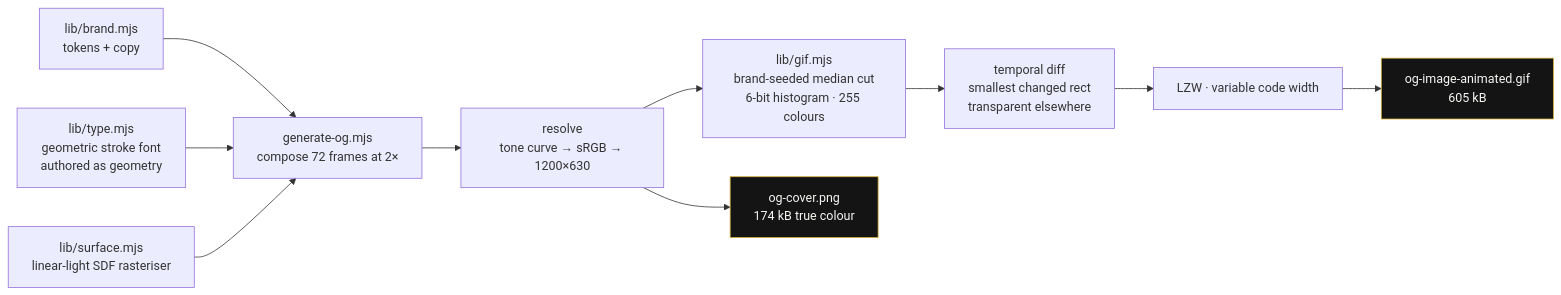
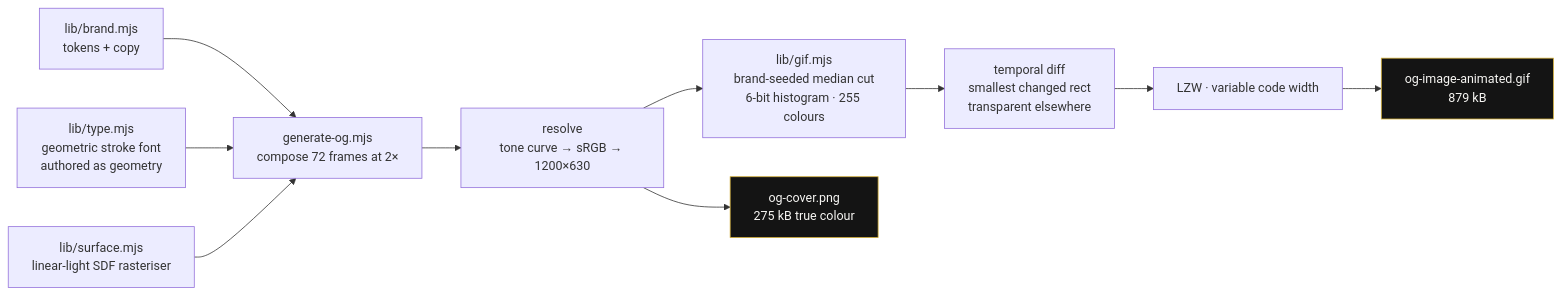
The tenth of 11 diagrams in README.md (YASLOGIST/urlf-up), drawn with Mermaid before and after one commit. The commit also changed other lines of this file and 5 other files, not shown here.

````diff
--- a/README.md
+++ b/README.md
@@ -568,15 +568,15 @@
 ```mermaid
 graph LR
   BRAND["lib/brand.mjs<br/>tokens + copy"] --> SCENE
   TYPE["lib/type.mjs<br/>geometric stroke font<br/>authored as geometry"] --> SCENE
   SURF["lib/surface.mjs<br/>linear-light SDF rasteriser"] --> SCENE
   SCENE["generate-og.mjs<br/>compose 72 frames at 2×"] --> RES["resolve<br/>tone curve → sRGB → 1200×630"]
   RES --> Q["lib/gif.mjs<br/>brand-seeded median cut<br/>6-bit histogram · 255 colours"]
   Q --> DIFF["temporal diff<br/>smallest changed rect<br/>transparent elsewhere"]
   DIFF --> LZW["LZW · variable code width"]
-  LZW --> GIF["og-image-animated.gif<br/>605 kB"]
-  RES --> PNG["og-cover.png<br/>174 kB true colour"]
+  LZW --> GIF["og-image-animated.gif<br/>879 kB"]
+  RES --> PNG["og-cover.png<br/>275 kB true colour"]
 
   classDef out fill:#141414,stroke:#D4AF37,color:#f7f6f3;
   class GIF,PNG out;
 ```
````
